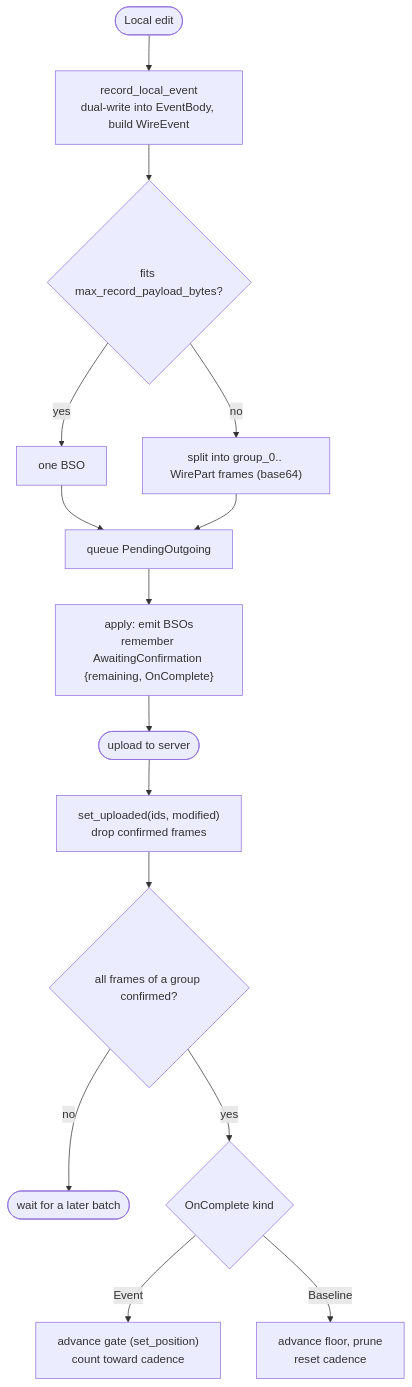
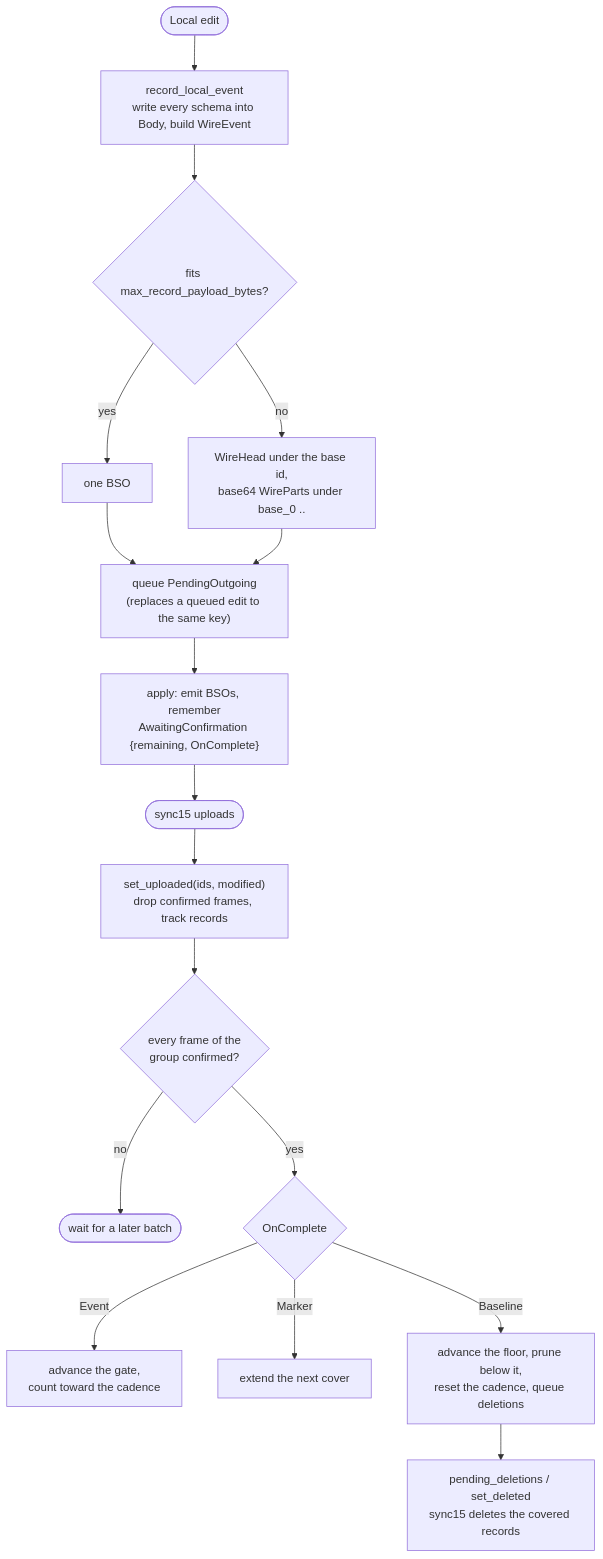
One commit to mozilla/application-services changed the third of 3 diagrams in components/event_based_sync_engine/README.md. Above: the diagram before and after it, drawn with Mermaid. The commit also changed other lines of this file, not shown here.

````diff
--- a/components/event_based_sync_engine/README.md
+++ b/components/event_based_sync_engine/README.md
@@ -56,17 +261,19 @@
 ```mermaid
 flowchart TD
-    LE(["Local edit"]) --> RLE["record_local_event<br/>dual-write into EventBody, build WireEvent"]
+    LE(["Local edit"]) --> RLE["record_local_event<br/>write every schema into Body, build WireEvent"]
     RLE --> FR{"fits max_record_payload_bytes?"}
     FR -->|"yes"| ONE["one BSO"]
-    FR -->|"no"| MANY["split into group_0.. WirePart frames (base64)"]
-    ONE --> Q["queue PendingOutgoing"]
+    FR -->|"no"| MANY["WireHead under the base id,<br/>base64 WireParts under base_0 .."]
+    ONE --> Q["queue PendingOutgoing<br/>(replaces a queued edit to the same key)"]
     MANY --> Q
-    Q --> AP["apply: emit BSOs<br/>remember AwaitingConfirmation {remaining, OnComplete}"]
-    AP --> UP(["upload to server"])
-    UP --> SU["set_uploaded(ids, modified)<br/>drop confirmed frames"]
-    SU --> DONE{"all frames of a group confirmed?"}
+    Q --> AP["apply: emit BSOs, remember<br/>AwaitingConfirmation {remaining, OnComplete}"]
+    AP --> UP(["sync15 uploads"])
+    UP --> SU["set_uploaded(ids, modified)<br/>drop confirmed frames, track records"]
+    SU --> DONE{"every frame of the<br/>group confirmed?"}
     DONE -->|"no"| WAIT(["wait for a later batch"])
-    DONE -->|"yes"| OC{"OnComplete kind"}
-    OC -->|"Event"| GATE["advance gate (set_position)<br/>count toward cadence"]
-    OC -->|"Baseline"| FLOOR["advance floor, prune<br/>reset cadence"]
+    DONE -->|"yes"| OC{"OnComplete"}
+    OC -->|"Event"| GATE["advance the gate,<br/>count toward the cadence"]
+    OC -->|"Marker"| MK["extend the next cover"]
+    OC -->|"Baseline"| FLOOR["advance the floor, prune below it,<br/>reset the cadence, queue deletions"]
+    FLOOR --> DEL["pending_deletions / set_deleted<br/>sync15 deletes the covered records"]
 ```
````
